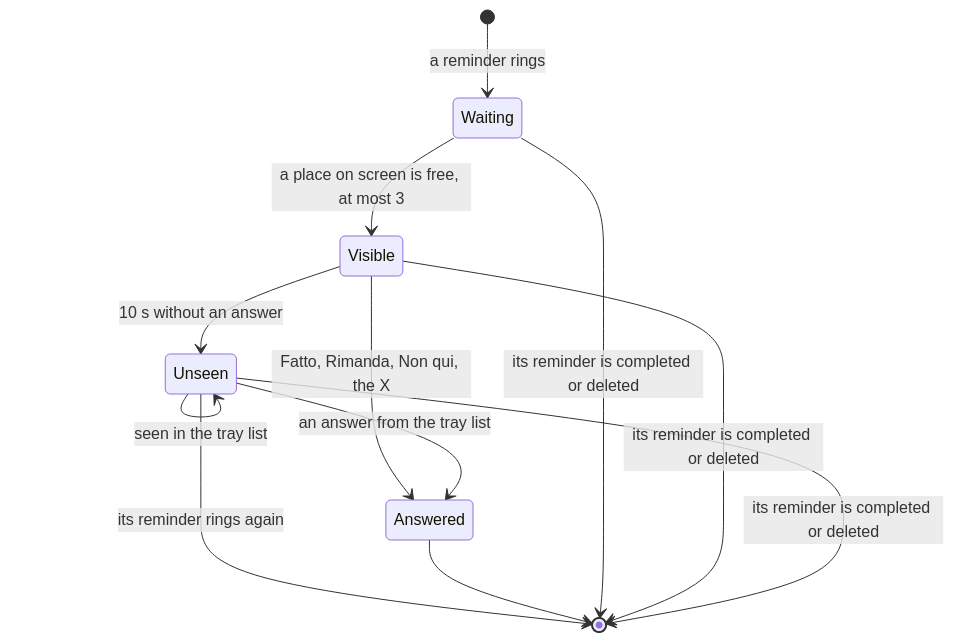
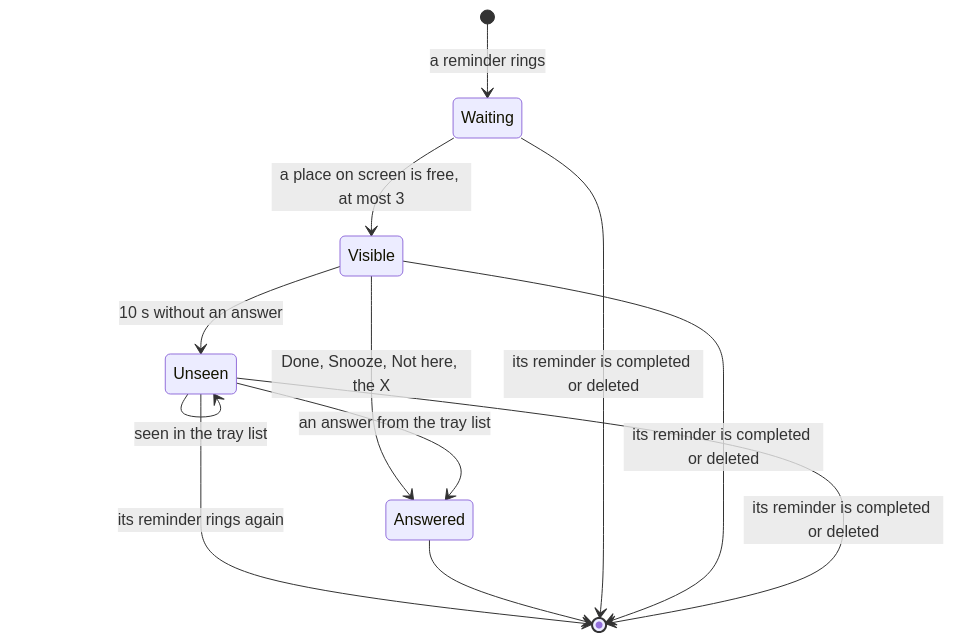
Before and after one commit to devfrx/jiffin: the second of 2 diagrams in docs/design/lifecycles.md, drawn with Mermaid. The commit also changed other lines of this file and 70 other files, not shown here.

````diff
--- a/docs/design/lifecycles.md
+++ b/docs/design/lifecycles.md
@@ -95,14 +95,14 @@
 ```mermaid
 stateDiagram-v2
     [*] --> Waiting : a reminder rings
     Waiting --> Visible : a place on screen is free, at most 3
     Visible --> Unseen : 10 s without an answer
     Unseen --> Unseen : seen in the tray list
     Unseen --> [*] : its reminder rings again
-    Visible --> Answered : Fatto, Rimanda, Non qui, the X
+    Visible --> Answered : Done, Snooze, Not here, the X
     Unseen --> Answered : an answer from the tray list
     Answered --> [*]
     Waiting --> [*] : its reminder is completed or deleted
     Visible --> [*] : its reminder is completed or deleted
     Unseen --> [*] : its reminder is completed or deleted
 ```
````
